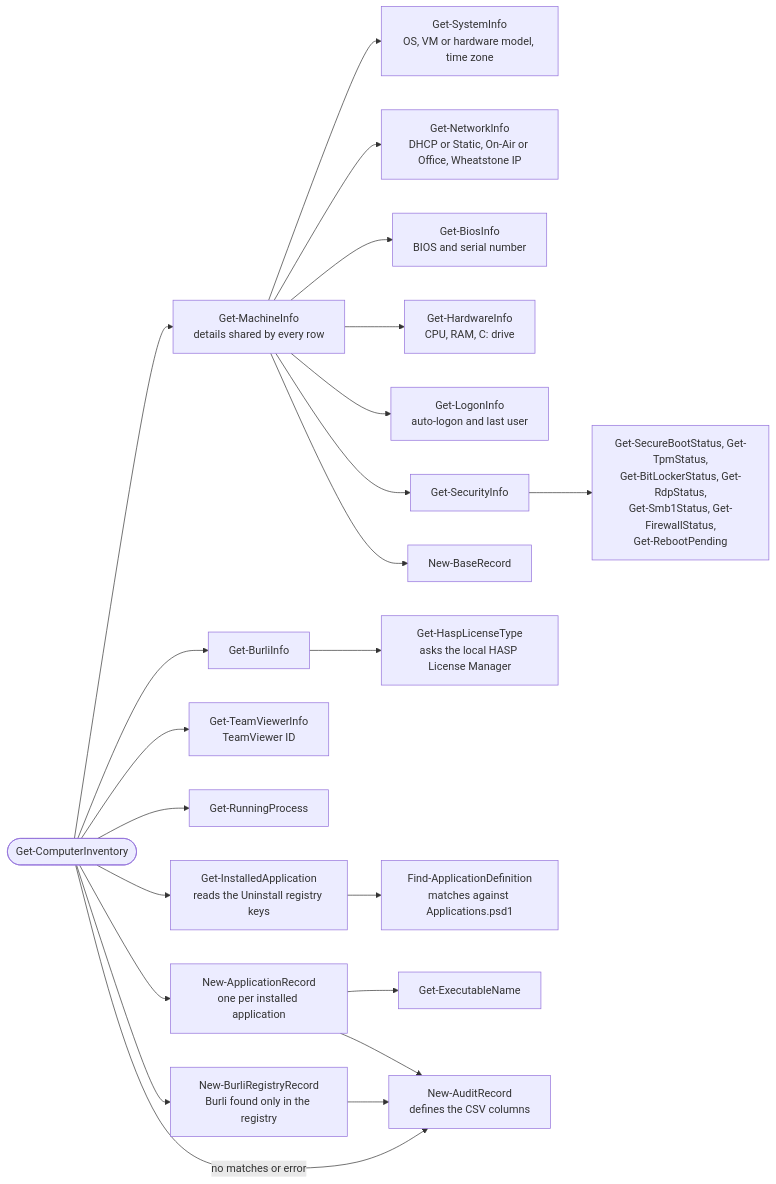
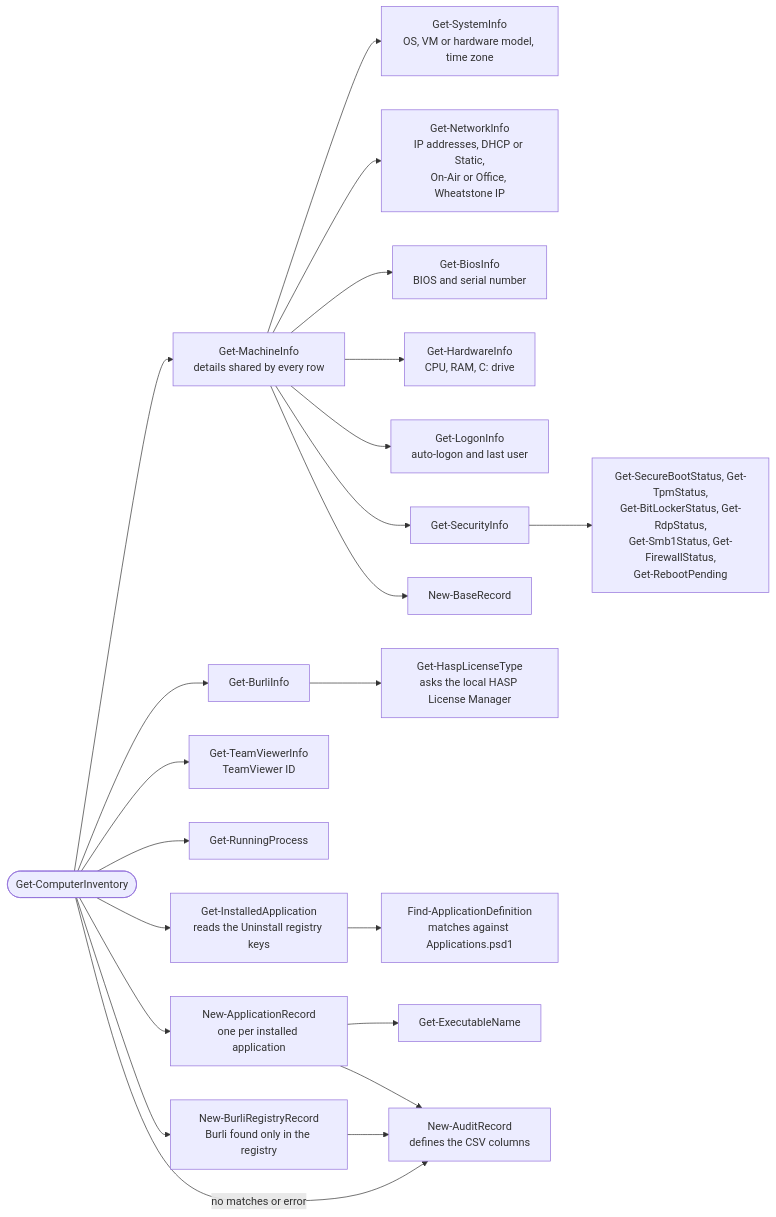
Before and after one commit to Shawn-Nichol/PowerShell-Asset-Inventory: the second of 2 diagrams in README.md, drawn with Mermaid. The commit also changed other lines of this file and 12 other files, not shown here.

````diff
--- a/README.md
+++ b/README.md
@@ -203,33 +216,33 @@
 ```mermaid
 flowchart LR
     Inv(["Get-ComputerInventory"])
 
     Inv --> Machine["Get-MachineInfo<br/>details shared by every row"]
     Machine --> Sys["Get-SystemInfo<br/>OS, VM or hardware model, time zone"]
-    Machine --> NetInfo["Get-NetworkInfo<br/>DHCP or Static, On-Air or Office, Wheatstone IP"]
+    Machine --> NetInfo["Get-NetworkInfo<br/>IP addresses, DHCP or Static,<br/>On-Air or Office, Wheatstone IP"]
     Machine --> Bios["Get-BiosInfo<br/>BIOS and serial number"]
     Machine --> Hw["Get-HardwareInfo<br/>CPU, RAM, C: drive"]
     Machine --> Logon["Get-LogonInfo<br/>auto-logon and last user"]
     Machine --> Sec["Get-SecurityInfo"]
     Sec --> SecChecks["Get-SecureBootStatus, Get-TpmStatus,<br/>Get-BitLockerStatus, Get-RdpStatus,<br/>Get-Smb1Status, Get-FirewallStatus,<br/>Get-RebootPending"]
     Machine --> Base["New-BaseRecord"]
 
     Inv --> Burli["Get-BurliInfo"]
     Burli --> Hasp["Get-HaspLicenseType<br/>asks the local HASP License Manager"]
 
     Inv --> TV["Get-TeamViewerInfo<br/>TeamViewer ID"]
 
     Inv --> Proc["Get-RunningProcess"]
 
     Inv --> Installed["Get-InstalledApplication<br/>reads the Uninstall registry keys"]
     Installed --> Find["Find-ApplicationDefinition<br/>matches against Applications.psd1"]
 
     Inv --> AppRec["New-ApplicationRecord<br/>one per installed application"]
     AppRec --> Exe["Get-ExecutableName"]
     AppRec --> Audit["New-AuditRecord<br/>defines the CSV columns"]
 
     Inv --> BurliRec["New-BurliRegistryRecord<br/>Burli found only in the registry"]
     BurliRec --> Audit
 
     Inv -->|no matches or error| Audit
 ```
````
